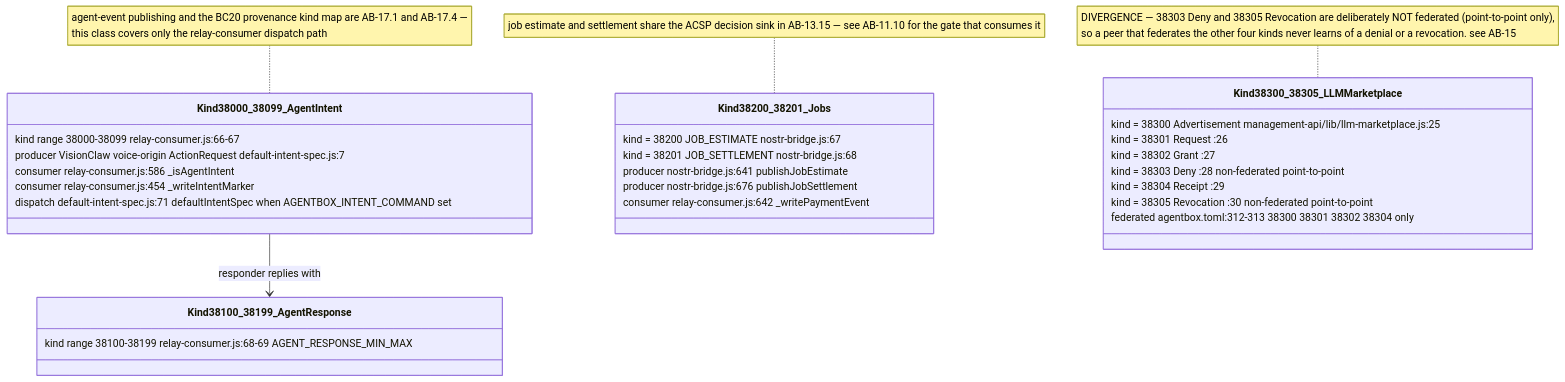
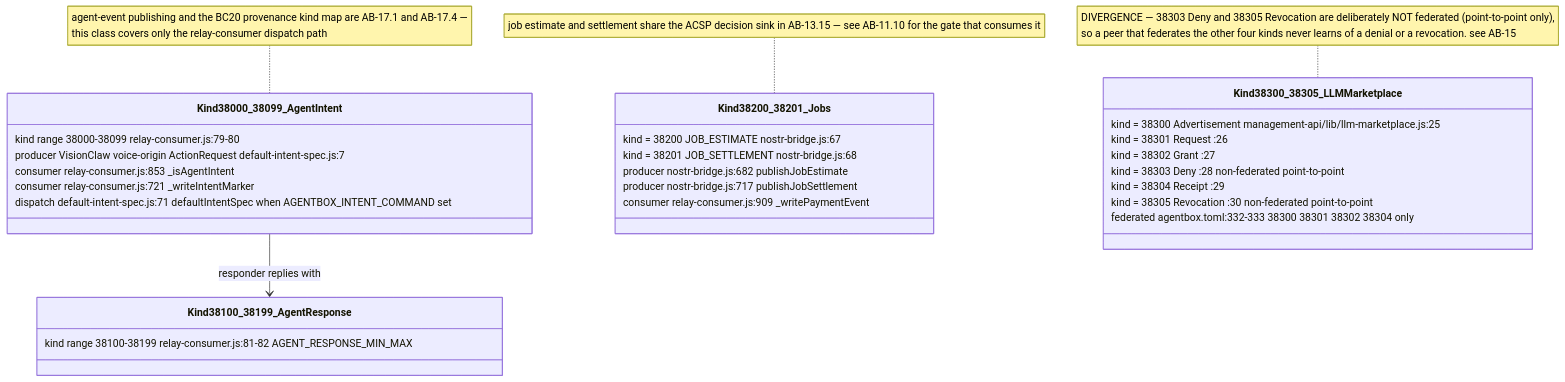
Before and after one commit to DreamLab-AI/VisionFlow: the sixth of 16 diagrams in docs/diagrams/agentbox/13-nostr-relay-gateway-bridge-mirror.md, drawn with Mermaid. The commit also changed other lines of this file and 111 other files, not shown here.

Commit message:
docs(diagrams): align estate maps with current source

````diff
--- a/docs/diagrams/agentbox/13-nostr-relay-gateway-bridge-mirror.md
+++ b/docs/diagrams/agentbox/13-nostr-relay-gateway-bridge-mirror.md
@@ -231,33 +231,33 @@
 ```mermaid
 classDiagram
     class Kind38000_38099_AgentIntent {
-        kind range 38000-38099 relay-consumer.js:66-67
+        kind range 38000-38099 relay-consumer.js:79-80
         producer VisionClaw voice-origin ActionRequest default-intent-spec.js:7
-        consumer relay-consumer.js:586 _isAgentIntent
-        consumer relay-consumer.js:454 _writeIntentMarker
+        consumer relay-consumer.js:853 _isAgentIntent
+        consumer relay-consumer.js:721 _writeIntentMarker
         dispatch default-intent-spec.js:71 defaultIntentSpec when AGENTBOX_INTENT_COMMAND set
     }
     class Kind38100_38199_AgentResponse {
-        kind range 38100-38199 relay-consumer.js:68-69 AGENT_RESPONSE_MIN_MAX
+        kind range 38100-38199 relay-consumer.js:81-82 AGENT_RESPONSE_MIN_MAX
     }
     class Kind38200_38201_Jobs {
         kind = 38200 JOB_ESTIMATE nostr-bridge.js:67
         kind = 38201 JOB_SETTLEMENT nostr-bridge.js:68
-        producer nostr-bridge.js:641 publishJobEstimate
-        producer nostr-bridge.js:676 publishJobSettlement
-        consumer relay-consumer.js:642 _writePaymentEvent
+        producer nostr-bridge.js:682 publishJobEstimate
+        producer nostr-bridge.js:717 publishJobSettlement
+        consumer relay-consumer.js:909 _writePaymentEvent
     }
     class Kind38300_38305_LLMMarketplace {
         kind = 38300 Advertisement management-api/lib/llm-marketplace.js:25
         kind = 38301 Request :26
         kind = 38302 Grant :27
         kind = 38303 Deny :28 non-federated point-to-point
         kind = 38304 Receipt :29
         kind = 38305 Revocation :30 non-federated point-to-point
-        federated agentbox.toml:312-313 38300 38301 38302 38304 only
+        federated agentbox.toml:332-333 38300 38301 38302 38304 only
     }
     Kind38000_38099_AgentIntent --> Kind38100_38199_AgentResponse : responder replies with
     note for Kind38200_38201_Jobs "job estimate and settlement share the ACSP decision sink in AB-13.15 — see AB-11.10 for the gate that consumes it"
     note for Kind38000_38099_AgentIntent "agent-event publishing and the BC20 provenance kind map are AB-17.1 and AB-17.4 —<br/>this class covers only the relay-consumer dispatch path"
     note for Kind38300_38305_LLMMarketplace "DIVERGENCE — 38303 Deny and 38305 Revocation are deliberately NOT federated (point-to-point only),<br/>so a peer that federates the other four kinds never learns of a denial or a revocation. see AB-15"
 ```
````
